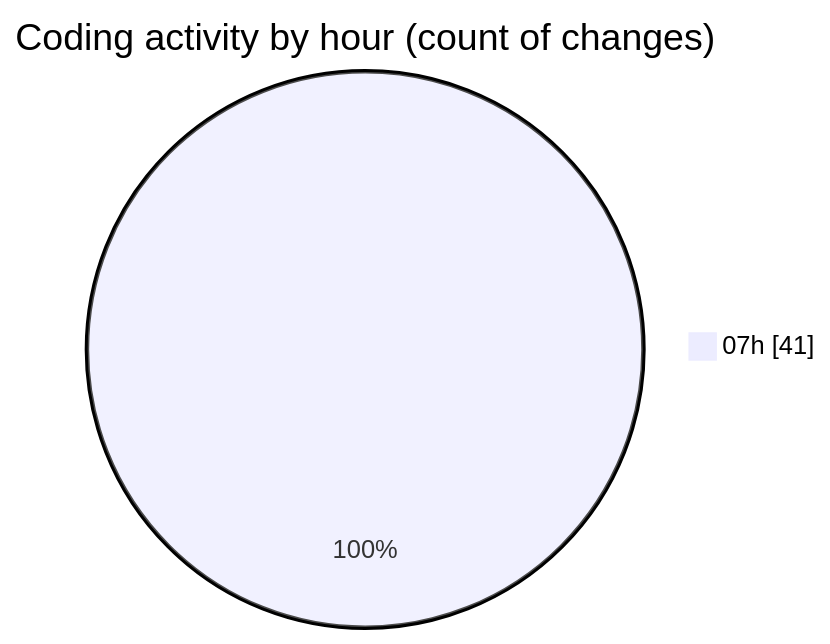
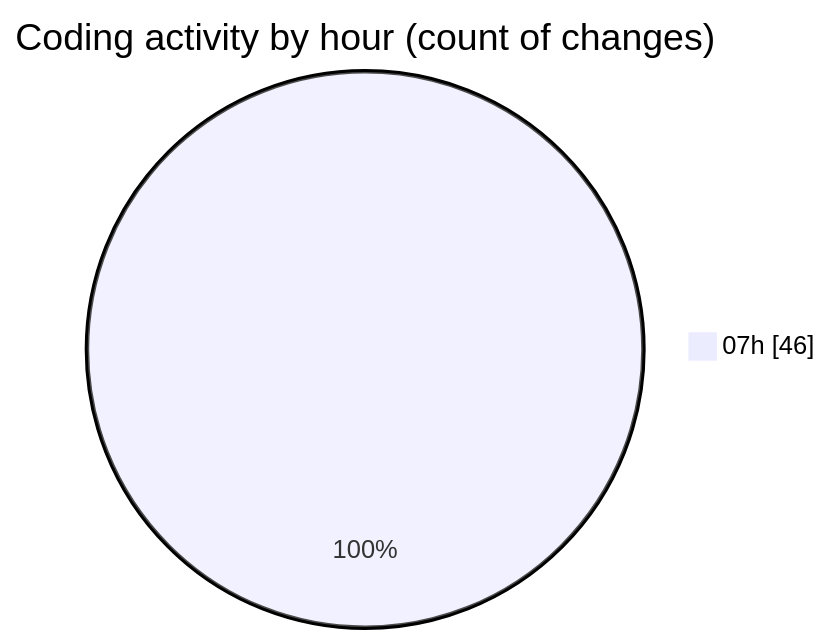
The second of 2 diagrams in 2025-01-17/mbc-web/README.md (robertbonfada/code-tracking), drawn with Mermaid before and after one commit. The commit also changed other lines of this file and 1 other file, not shown here.

````diff
--- a/2025-01-17/mbc-web/README.md
+++ b/2025-01-17/mbc-web/README.md
@@ -41,5 +41,5 @@
 ```mermaid
 pie showData
 title Coding activity by hour (count of changes)
-"07h" : 41
+"07h" : 46
 ```
````
